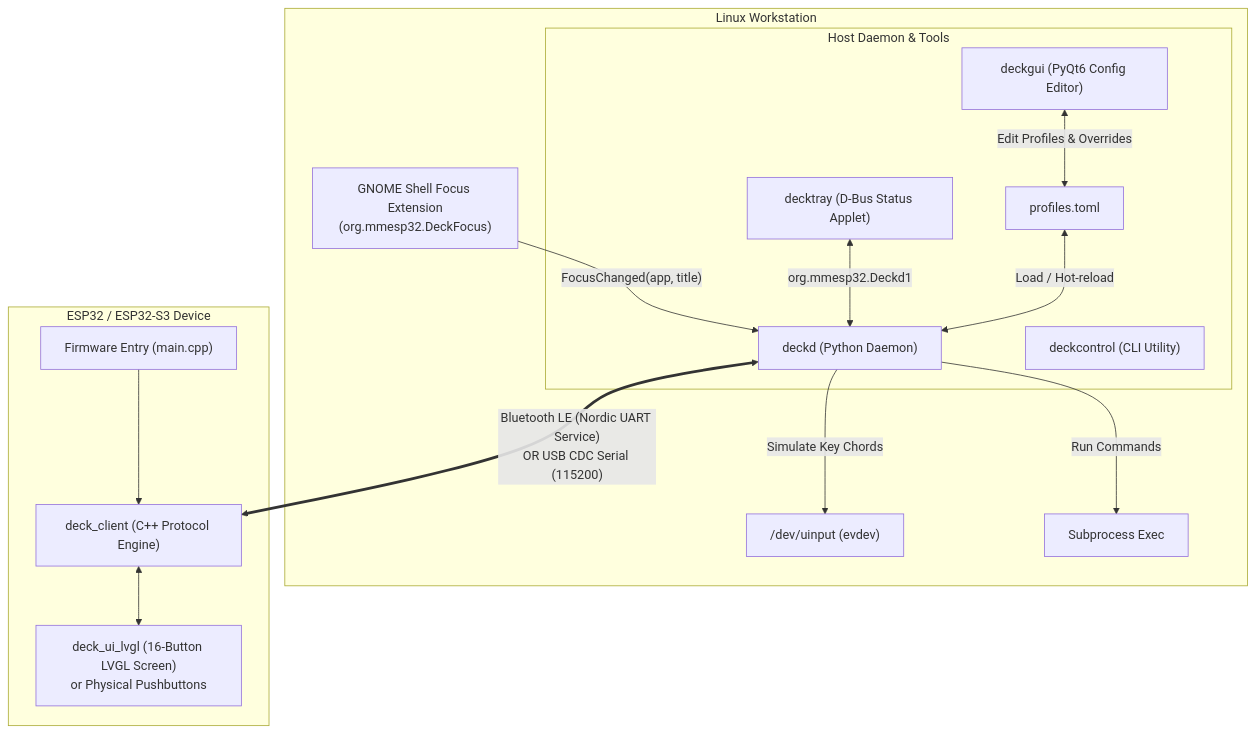
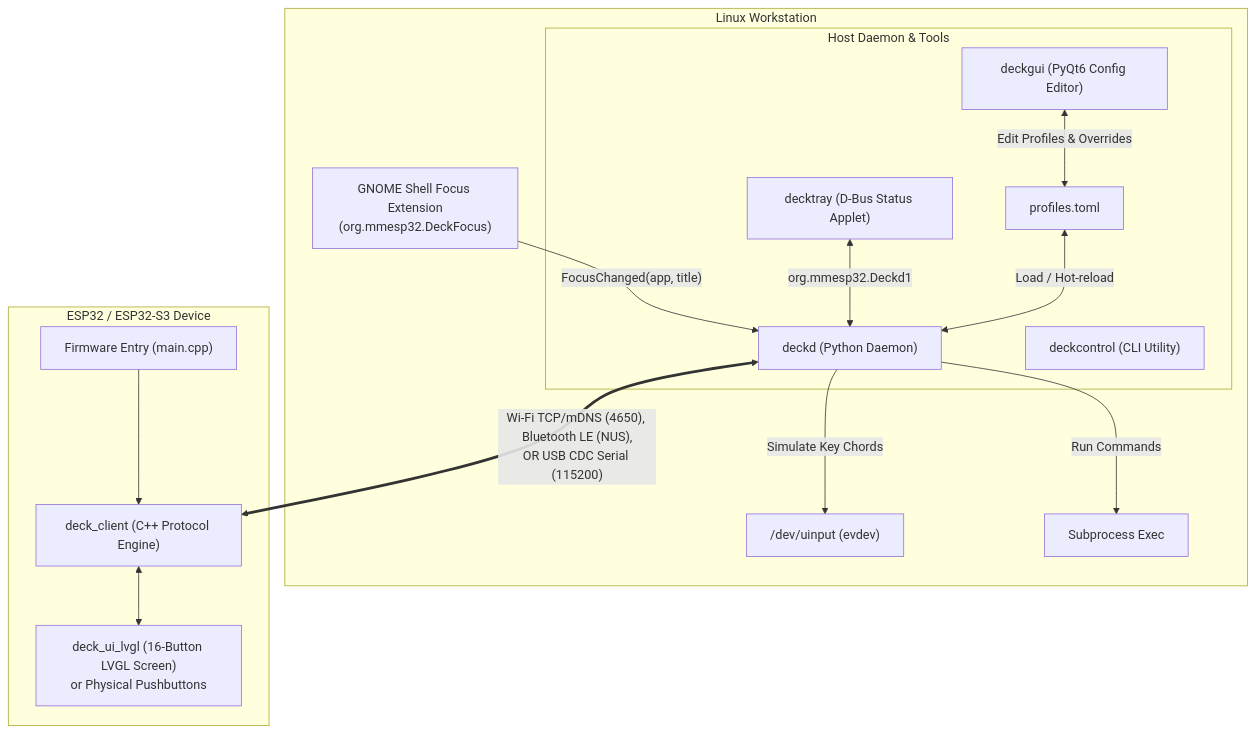
Before and after one commit to jmartinmaster/StreamDeck: the diagram in README.md, drawn with Mermaid. The commit also changed other lines of this file and 5 other files, not shown here.

Commit message:
Add on-screen Wi-Fi provisioning, NVS persistence, and STA connection flow

````diff
--- a/README.md
+++ b/README.md
@@ -34,31 +35,31 @@
 ```mermaid
 flowchart TD
     subgraph PC["Linux Workstation"]
         subgraph DaemonSuite["Host Daemon & Tools"]
             D["deckd (Python Daemon)"]
             T["decktray (D-Bus Status Applet)"]
             G["deckgui (PyQt6 Config Editor)"]
             C["deckcontrol (CLI Utility)"]
             P["profiles.toml"]
         end
 
         Focus["GNOME Shell Focus Extension\n(org.mmesp32.DeckFocus)"] -->|"FocusChanged(app, title)"| D
         D -->|Simulate Key Chords| UInput["/dev/uinput (evdev)"]
         D -->|Run Commands| Shell["Subprocess Exec"]
 
         T <-->|org.mmesp32.Deckd1| D
         G <-->|Edit Profiles & Overrides| P
         P <-->|Load / Hot-reload| D
     end
 
     subgraph Device["ESP32 / ESP32-S3 Device"]
         Firmware["Firmware Entry (main.cpp)"]
         Client["deck_client (C++ Protocol Engine)"]
         UI["deck_ui_lvgl (16-Button LVGL Screen)\nor Physical Pushbuttons"]
 
         Firmware --> Client
         Client <--> UI
     end
 
-    D <==>|"Bluetooth LE (Nordic UART Service)\nOR USB CDC Serial (115200)"| Client
+    D <==>|"Wi-Fi TCP/mDNS (4650), Bluetooth LE (NUS),\nOR USB CDC Serial (115200)"| Client
 ```
````
